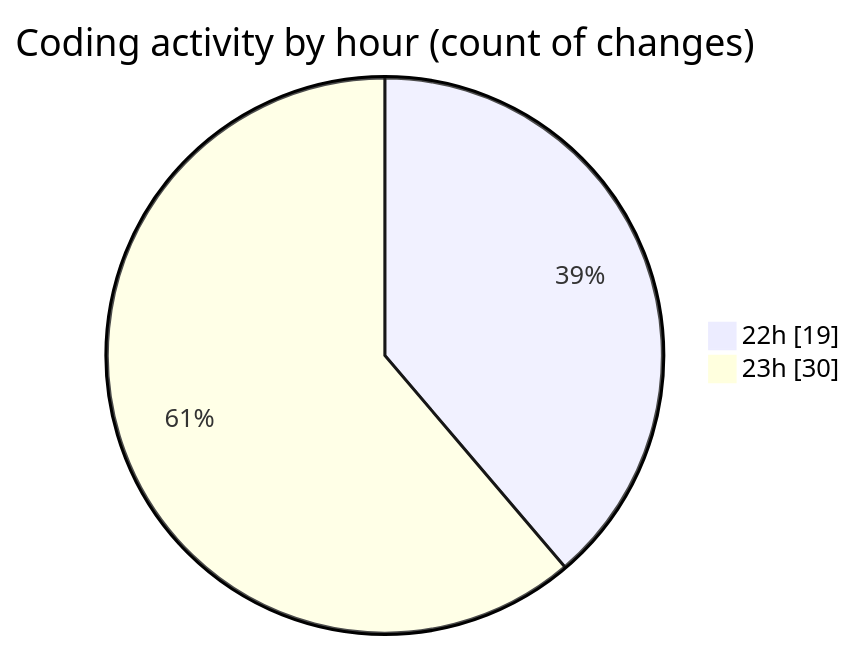
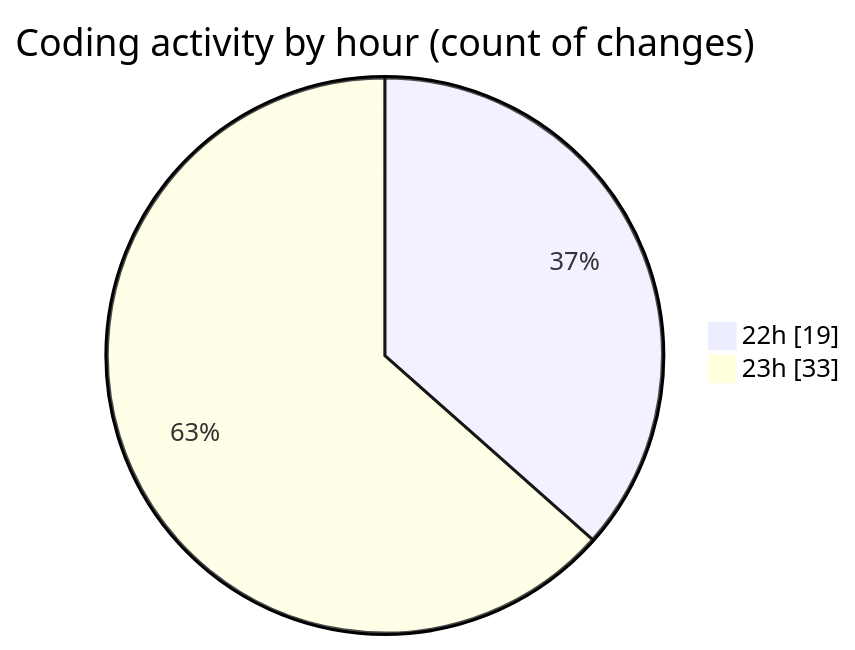
One commit to lephambinh05/code-tracking changed the second of 2 diagrams in 2025-08-20/napxuvn/README.md. Above: the diagram before and after it, drawn with Mermaid. The commit also changed other lines of this file and 1 other file, not shown here.

````diff
--- a/2025-08-20/napxuvn/README.md
+++ b/2025-08-20/napxuvn/README.md
@@ -38,6 +38,6 @@
 ```mermaid
 pie showData
 title Coding activity by hour (count of changes)
 "22h" : 19
-"23h" : 30
+"23h" : 33
 ```
````
